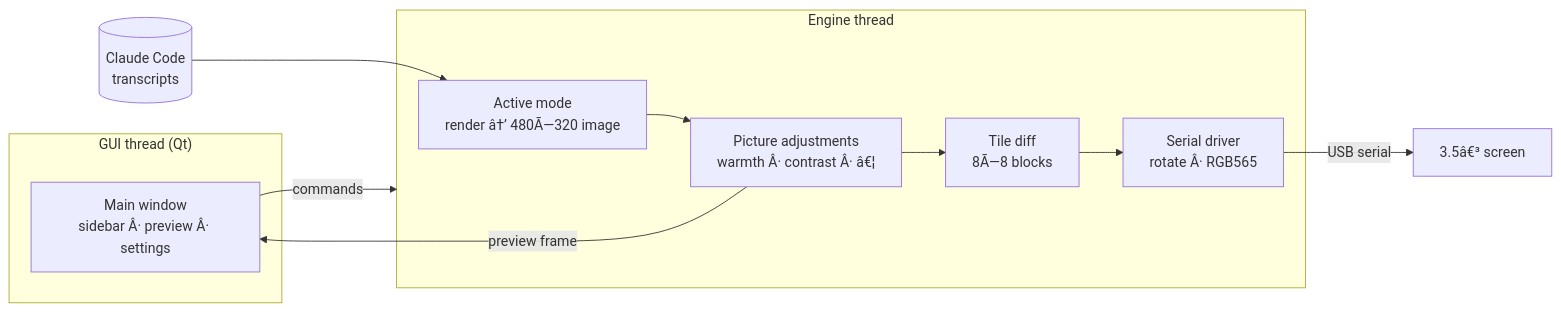
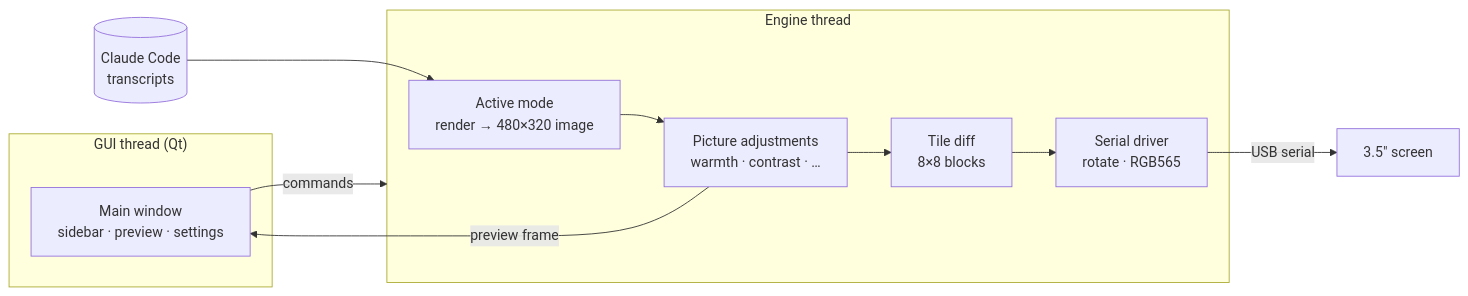
The diagram in README.md (CyberDemon73/turmo-screen), drawn with Mermaid before and after one commit. The commit also changed other lines of this file and 38 other files, not shown here.

````diff
--- a/README.md
+++ b/README.md
@@ -265,16 +265,16 @@
 ```mermaid
 flowchart LR
     subgraph GUI["GUI thread (Qt)"]
-        W[Main window<br/>sidebar Â· preview Â· settings]
+        W[Main window<br/>sidebar · preview · settings]
     end
     subgraph Engine["Engine thread"]
-        M[Active mode<br/>render â†’ 480Ã—320 image]
-        P[Picture adjustments<br/>warmth Â· contrast Â· â€¦]
-        D[Tile diff<br/>8Ã—8 blocks]
-        S[Serial driver<br/>rotate Â· RGB565]
+        M[Active mode<br/>render → 480×320 image]
+        P[Picture adjustments<br/>warmth · contrast · …]
+        D[Tile diff<br/>8×8 blocks]
+        S[Serial driver<br/>rotate · RGB565]
     end
     U[(Claude Code<br/>transcripts)] --> M
     W -- commands --> Engine
-    M --> P --> D --> S -- USB serial --> SCR[3.5â€³ screen]
+    M --> P --> D --> S -- USB serial --> SCR[3.5″ screen]
     P -- preview frame --> W
 ```
````
